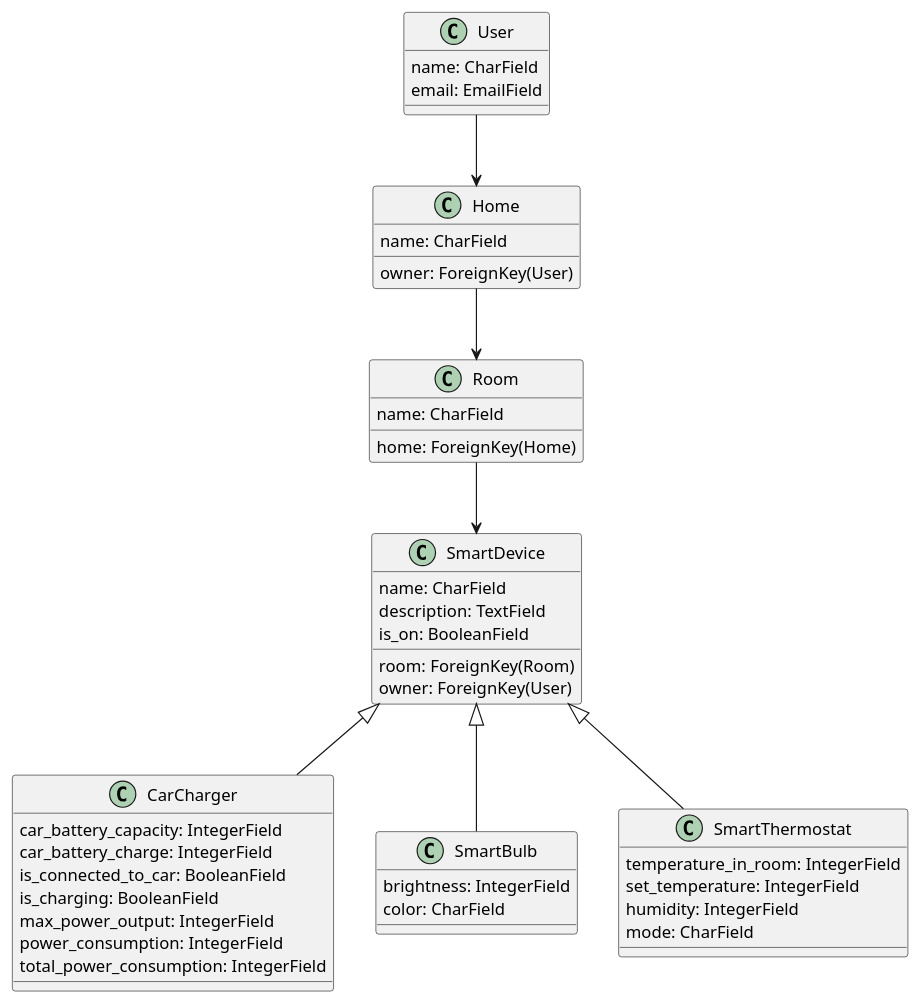
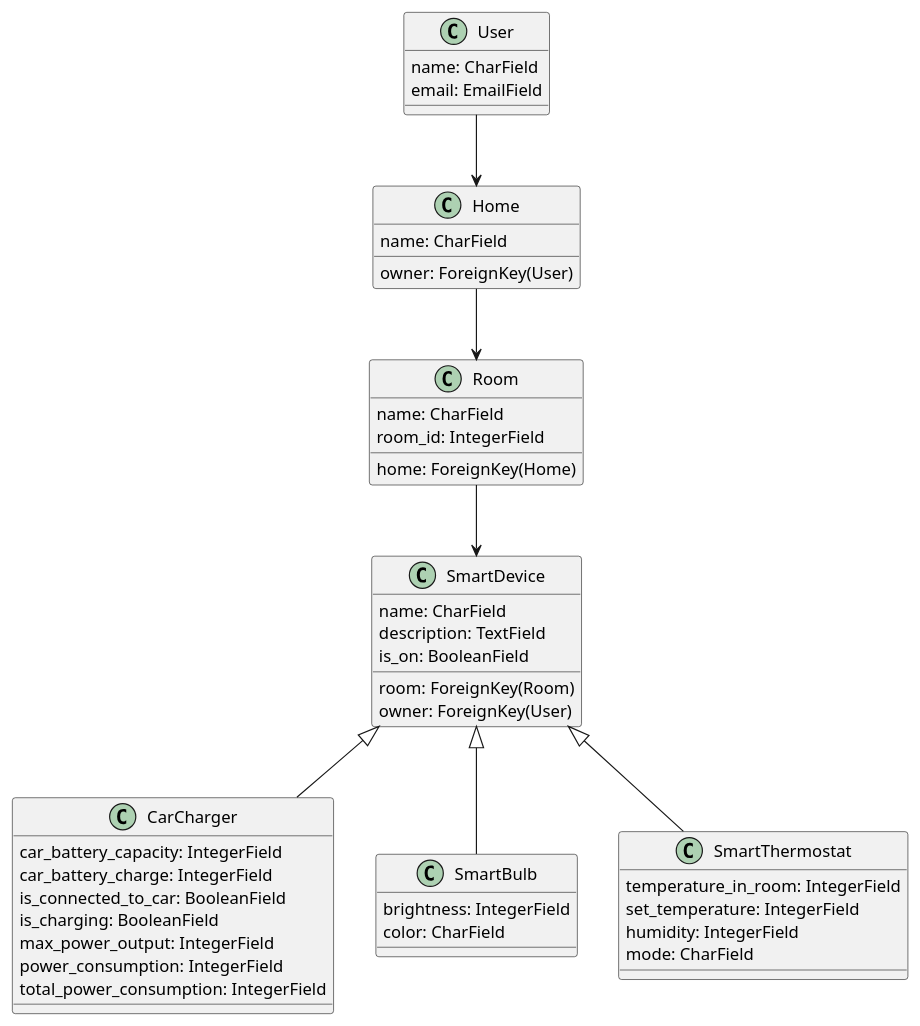
Before and after one commit to StefanBStrand/SETGruppe11HIOF: the diagram in Diagrams/EasyHome.puml, drawn with PlantUML.

Commit message:
Små endringer på klassediagrammet

```diff
--- a/Diagrams/EasyHome.puml
+++ b/Diagrams/EasyHome.puml
@@ -1,59 +1,60 @@
 @startuml
 'https://plantuml.com/class-diagram
 
 class User {
     name: CharField
     email: EmailField
 
 }
 
 class Home {
     name: CharField
     owner: ForeignKey(User)
 }
 
 class Room {
     name: CharField
+    room_id: IntegerField
     home: ForeignKey(Home)
 }
 
 class SmartDevice{
     name: CharField
     room: ForeignKey(Room)
     owner: ForeignKey(User)
     description: TextField
     is_on: BooleanField
 }
 
 class CarCharger{
     car_battery_capacity: IntegerField
     car_battery_charge: IntegerField
     is_connected_to_car: BooleanField
     is_charging: BooleanField
     max_power_output: IntegerField
     power_consumption: IntegerField
     total_power_consumption: IntegerField
 }
 
 class SmartBulb{
     brightness: IntegerField
     color: CharField
 }
 
 class SmartThermostat {
     temperature_in_room: IntegerField
     set_temperature: IntegerField
     humidity: IntegerField
     mode: CharField
 }
 
 SmartDevice <|-- CarCharger
 SmartDevice <|-- SmartBulb
 SmartDevice <|-- SmartThermostat
 
 User --> Home
 Home --> Room
 Room --> SmartDevice
 
 
 @enduml
```
